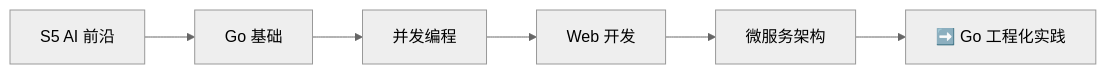
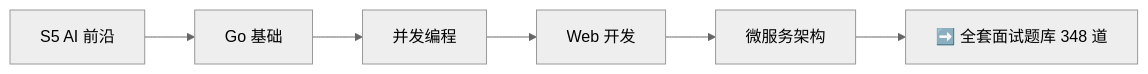
Before and after one commit to KMaybe01/common: the diagram in S6-Go/index.md, drawn with Mermaid (neutral theme). The commit also changed other lines of this file and 3 other files, not shown here.

````diff
--- a/S6-Go/index.md
+++ b/S6-Go/index.md
@@ -111,8 +111,8 @@
 ```mermaid
 graph LR
-    S5["S5 AI 前沿"] --> Go["Go 基础"]
-    Go --> Concurrency["并发编程"]
+    S5["S5 AI 前沿"] --> GoLang["Go 基础"]
+    GoLang --> Concurrency["并发编程"]
     Concurrency --> Web["Web 开发"]
     Web --> Microservice["微服务架构"]
-    Microservice --> S6["➡️ Go 工程化实践"]
+    Microservice --> S6["➡️ 全套面试题库 348 道"]
 ```
````
